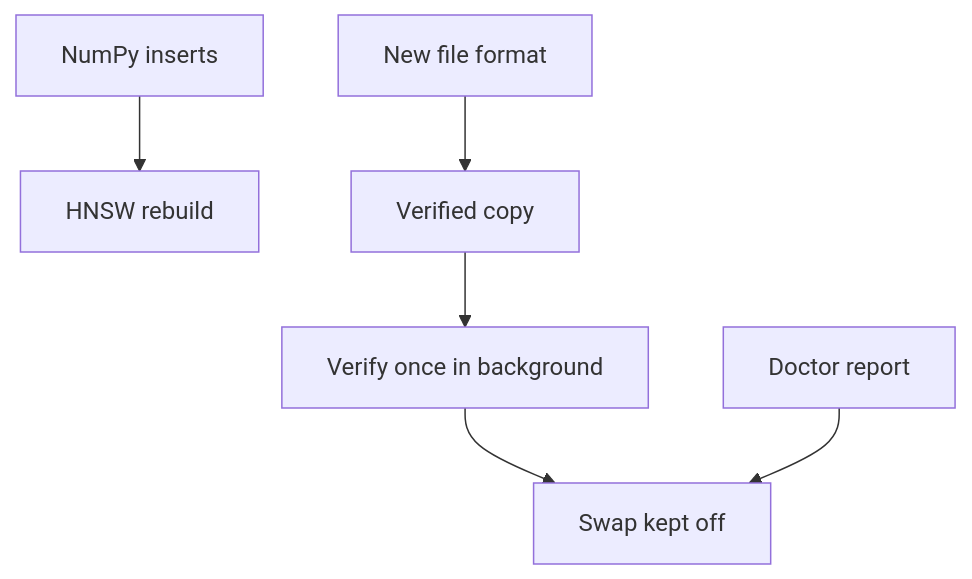
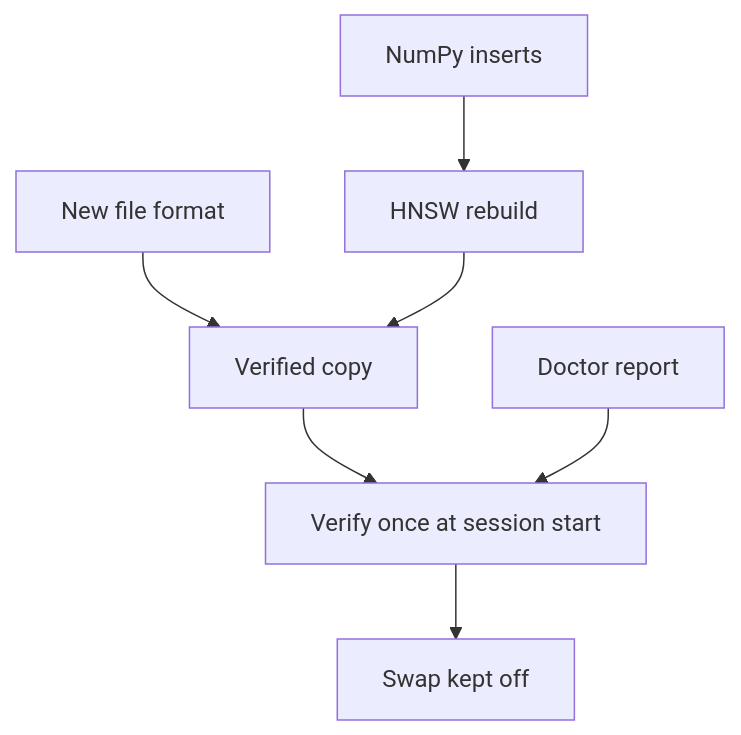
Before and after one commit to Texarkanine/stockroom: the diagram in memory-bank/active/milestones.md, drawn with Mermaid. The commit also changed other lines of this file and 3 other files, not shown here.

````diff
--- a/memory-bank/active/milestones.md
+++ b/memory-bank/active/milestones.md
@@ -26,15 +29,16 @@
 ```mermaid
 flowchart TD
   format[New file format]
   numpy[NumPy inserts]
   doctor[Doctor report]
   hnsw[HNSW rebuild]
   builder[Verified copy]
-  verifyonly[Verify once in background]
+  verifyonly[Verify once at session start]
   swap[Swap kept off]
   format --> builder
   numpy --> hnsw
+  hnsw --> builder
   builder --> verifyonly
+  doctor --> verifyonly
   verifyonly --> swap
-  doctor --> swap
 ```
````
